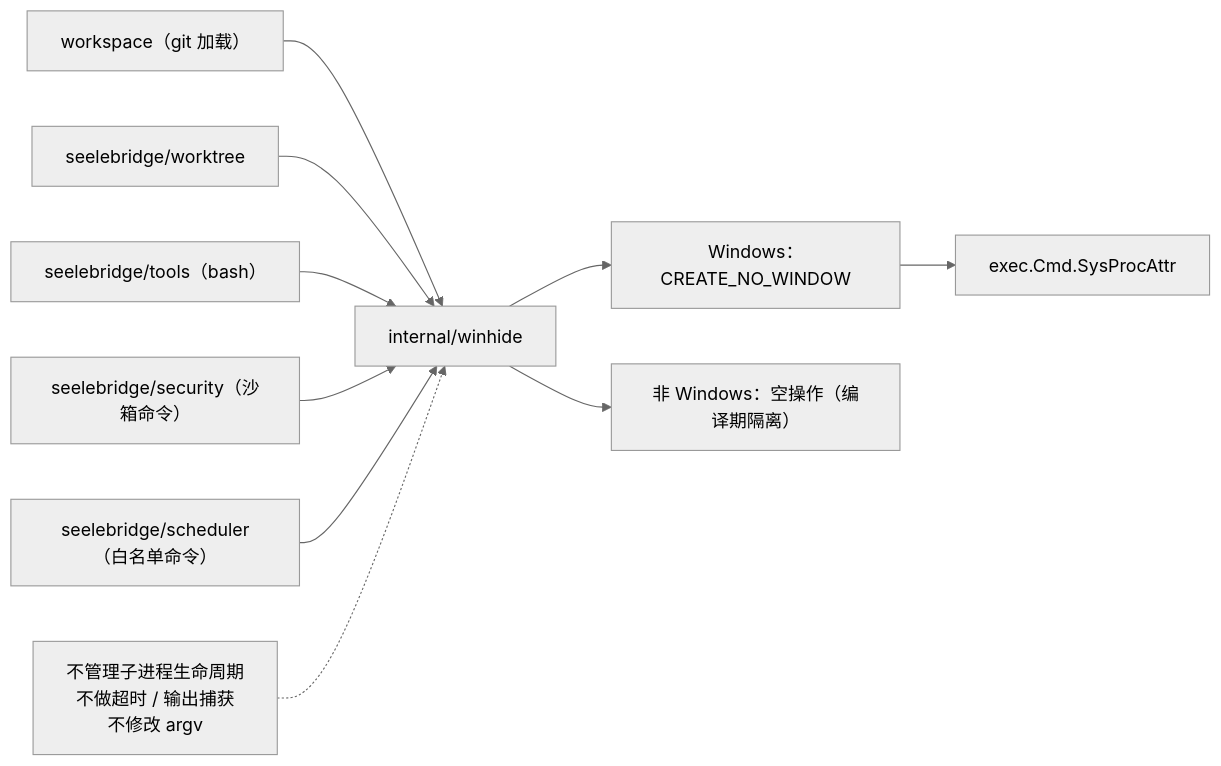
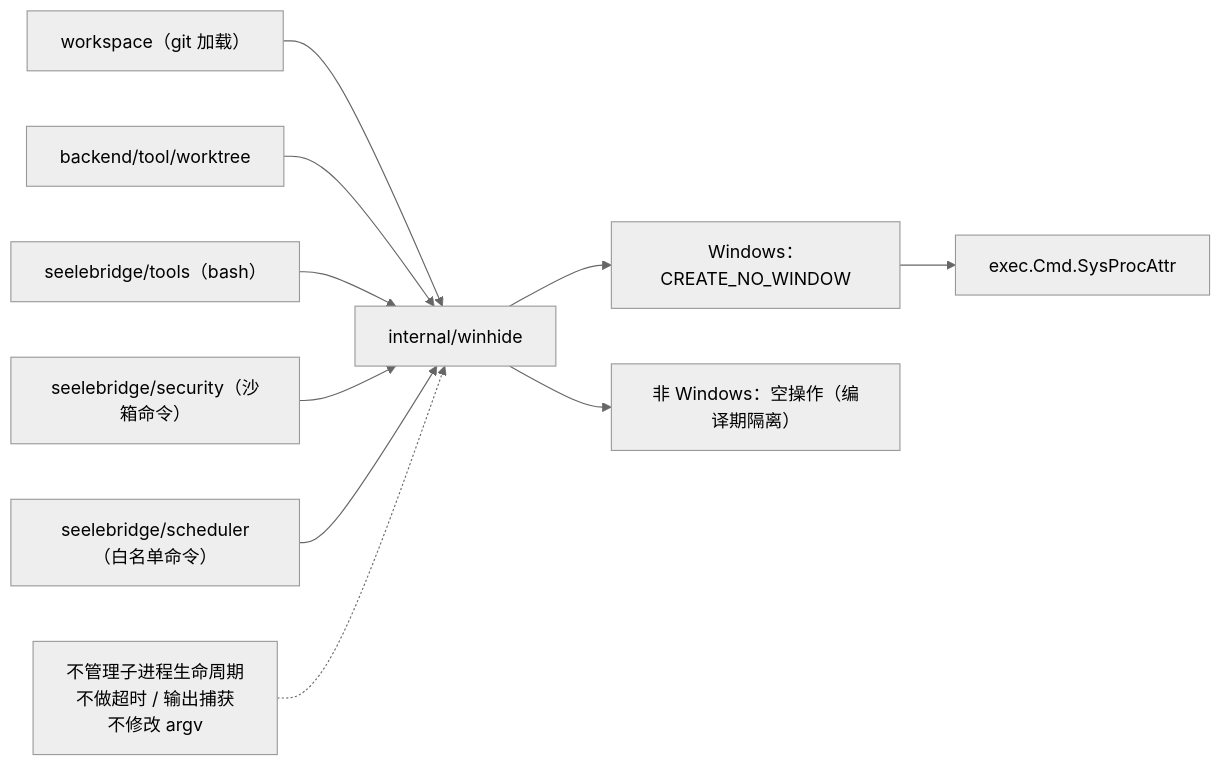
The diagram in internal/winhide/README.md (RedHuang-0622/seelex), drawn with Mermaid (neutral theme) before and after one commit. The commit also changed 40 other files, not shown here.

First line of the commit message:
refactor(arch): M4-E5 seelebridge/worktree 归位 backend/tool/worktree

````diff
--- a/internal/winhide/README.md
+++ b/internal/winhide/README.md
@@ -14,12 +14,12 @@
 ```mermaid
 flowchart LR
     W["workspace（git 加载）"] --> H["internal/winhide"]
-    WT["seelebridge/worktree"] --> H
+    WT["backend/tool/worktree"] --> H
     T["seelebridge/tools（bash）"] --> H
     SEC["seelebridge/security（沙箱命令）"] --> H
     SCH["seelebridge/scheduler（白名单命令）"] --> H
     H --> WIN["Windows：CREATE_NO_WINDOW"]
     H --> OTHER["非 Windows：空操作（编译期隔离）"]
     WIN --> CMD["exec.Cmd.SysProcAttr"]
     NOTE["不管理子进程生命周期<br/>不做超时 / 输出捕获<br/>不修改 argv"] -.-> H
 ```
````
